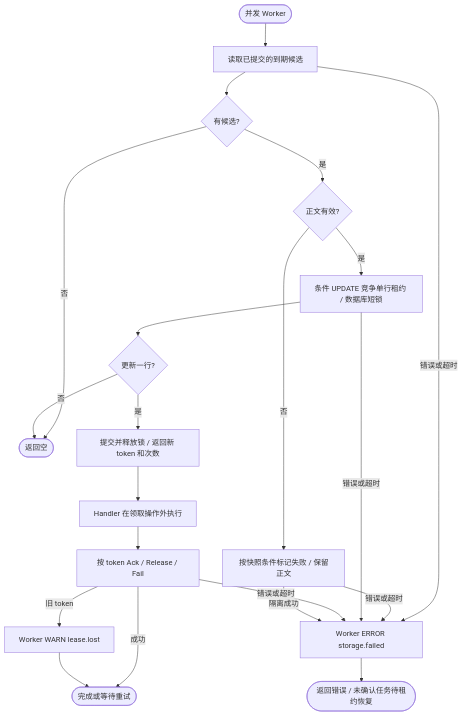
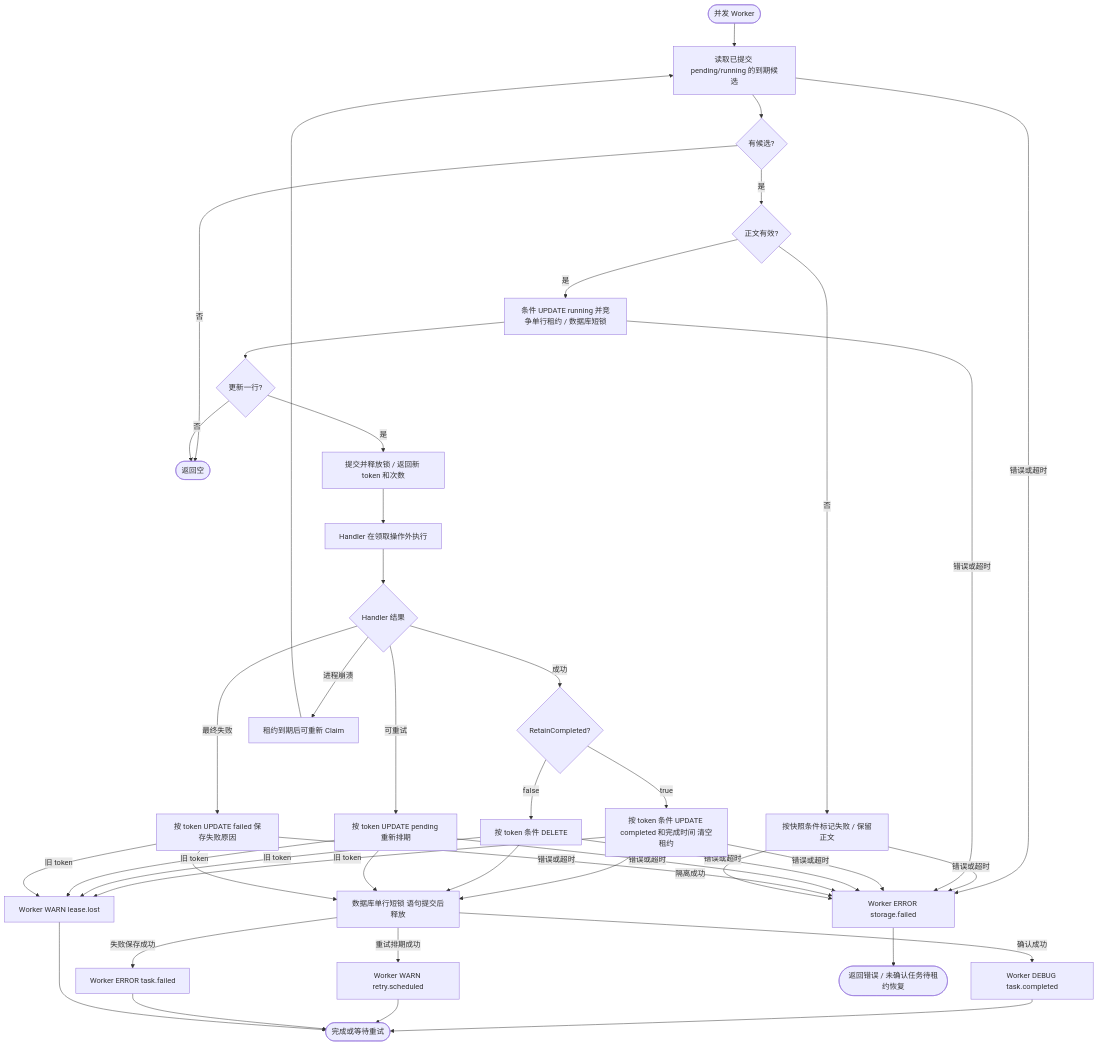
The third of 3 diagrams in contrib/queue/database/gorm/README.md (jaggerzhuang1994/kratos-foundation), drawn with Mermaid before and after one commit. The commit also changed other lines of this file and 22 other files, not shown here.

````diff
--- a/contrib/queue/database/gorm/README.md
+++ b/contrib/queue/database/gorm/README.md
@@ -76,20 +132,31 @@
 ```mermaid
 flowchart TD
-    A([并发 Worker]) --> B[读取已提交的到期候选]
+    A([并发 Worker]) --> B[读取已提交 pending/running 的到期候选]
     B --> C{有候选?}
     C -- 否 --> E([返回空])
     C -- 是 --> D{正文有效?}
     D -- 否 --> F[按快照条件标记失败 / 保留正文]
-    D -- 是 --> G[条件 UPDATE 竞争单行租约 / 数据库短锁]
+    D -- 是 --> G[条件 UPDATE running 并竞争单行租约 / 数据库短锁]
     G --> H{更新一行?}
     H -- 否 --> E
     H -- 是 --> I[提交并释放锁 / 返回新 token 和次数]
     I --> J[Handler 在领取操作外执行]
-    J --> K[按 token Ack / Release / Fail]
-    K -- 成功 --> L([完成或等待重试])
-    K -- 旧 token --> M[Worker WARN lease.lost]
+    J --> K{Handler 结果}
+    K -- 成功 --> KA{RetainCompleted?}
+    KA -- true --> KB[按 token 条件 UPDATE completed 和完成时间 清空租约]
+    KA -- false --> KC[按 token 条件 DELETE]
+    K -- 可重试 --> KD[按 token UPDATE pending 重新排期]
+    K -- 最终失败 --> KE[按 token UPDATE failed 保存失败原因]
+    K -- 进程崩溃 --> KR[租约到期后可重新 Claim]
+    KR --> B
+    KB & KC & KD & KE --> KU[数据库单行短锁 语句提交后释放]
+    KU -- 确认成功 --> KL[Worker DEBUG task.completed]
+    KU -- 重试排期成功 --> KM[Worker WARN retry.scheduled]
+    KU -- 失败保存成功 --> KN[Worker ERROR task.failed]
+    KL & KM & KN --> L([完成或等待重试])
+    KB & KC & KD & KE -- 旧 token --> M[Worker WARN lease.lost]
     M --> L
-    B & F & G & K -- 错误或超时 --> N[Worker ERROR storage.failed]
+    B & F & G & KB & KC & KD & KE -- 错误或超时 --> N[Worker ERROR storage.failed]
     N --> O([返回错误 / 未确认任务待租约恢复])
     F -- 隔离成功 --> N
 ```
````
